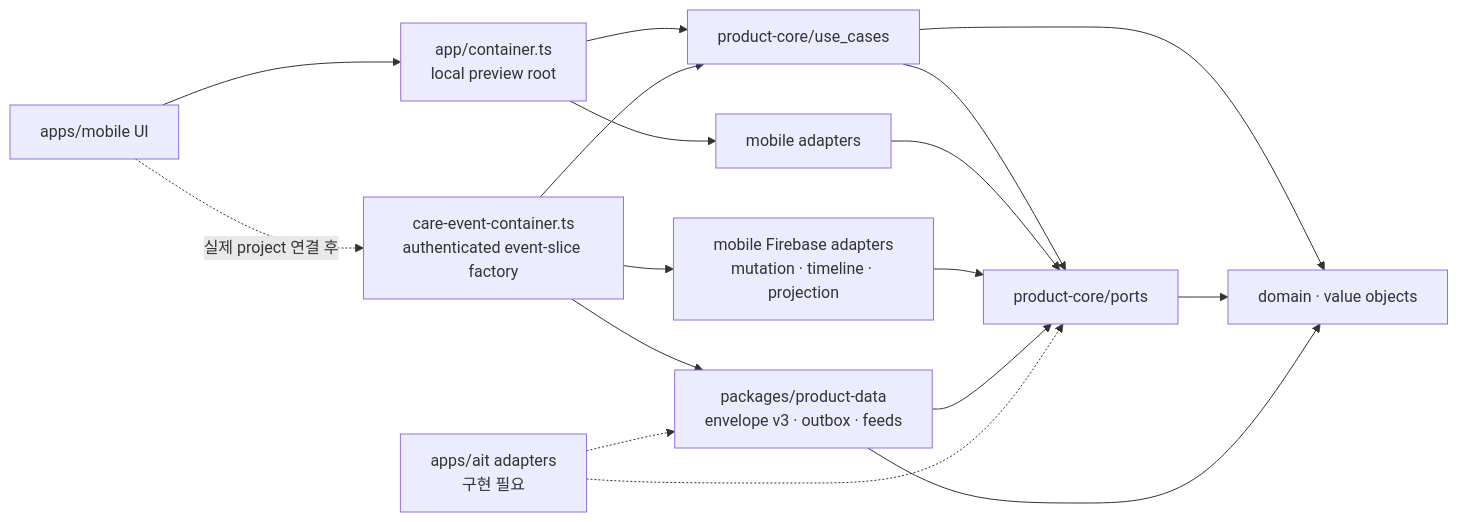
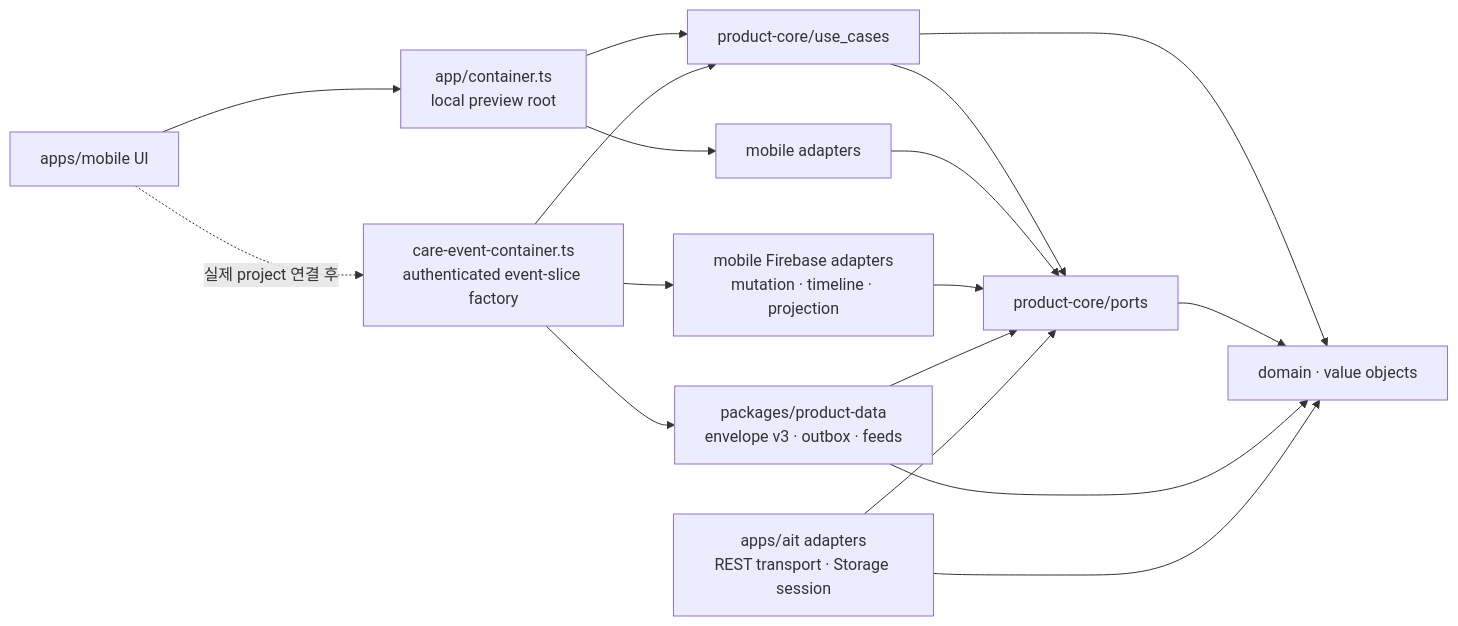
Before and after one commit to seorilabs/babycare: the diagram in docs/03-architecture/clean-architecture.md, drawn with Mermaid. The commit also changed other lines of this file and 44 other files, not shown here.

````diff
--- a/docs/03-architecture/clean-architecture.md
+++ b/docs/03-architecture/clean-architecture.md
@@ -7,19 +7,19 @@
 ```mermaid
 flowchart LR
   UI["apps/mobile UI"] --> Root["app/container.ts<br/>local preview root"]
   UI -.실제 project 연결 후.-> CloudRoot["care-event-container.ts<br/>authenticated event-slice factory"]
   Root --> UseCases["product-core/use_cases"]
   Root --> MobileAdapters["mobile adapters"]
   CloudRoot --> UseCases
   UseCases --> Ports["product-core/ports"]
   UseCases --> Domain["domain · value objects"]
   Ports --> Domain
   MobileAdapters --> Ports
   FirebaseAdapters["mobile Firebase adapters<br/>mutation · timeline · projection"] --> Ports
   ProductData["packages/product-data<br/>envelope v3 · outbox · feeds"] --> Ports
   ProductData --> Domain
   CloudRoot --> ProductData
   CloudRoot --> FirebaseAdapters
-  AITAdapters["apps/ait adapters<br/>구현 필요"] -.-> Ports
-  AITAdapters -.-> ProductData
+  AITAdapters["apps/ait adapters<br/>REST transport · Storage session"] --> Ports
+  AITAdapters --> Domain
 ```
````
